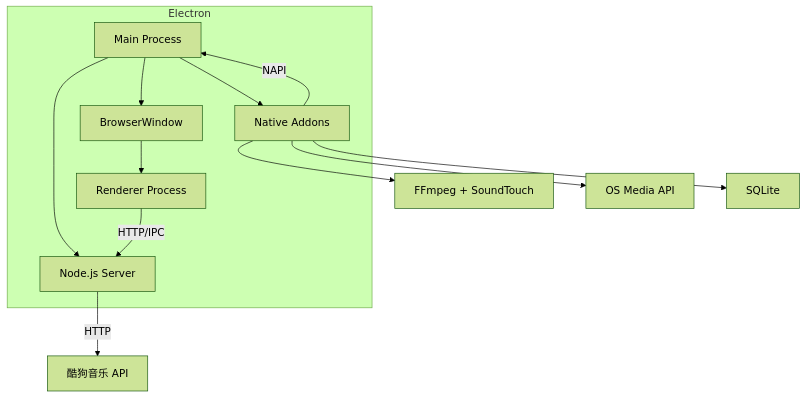
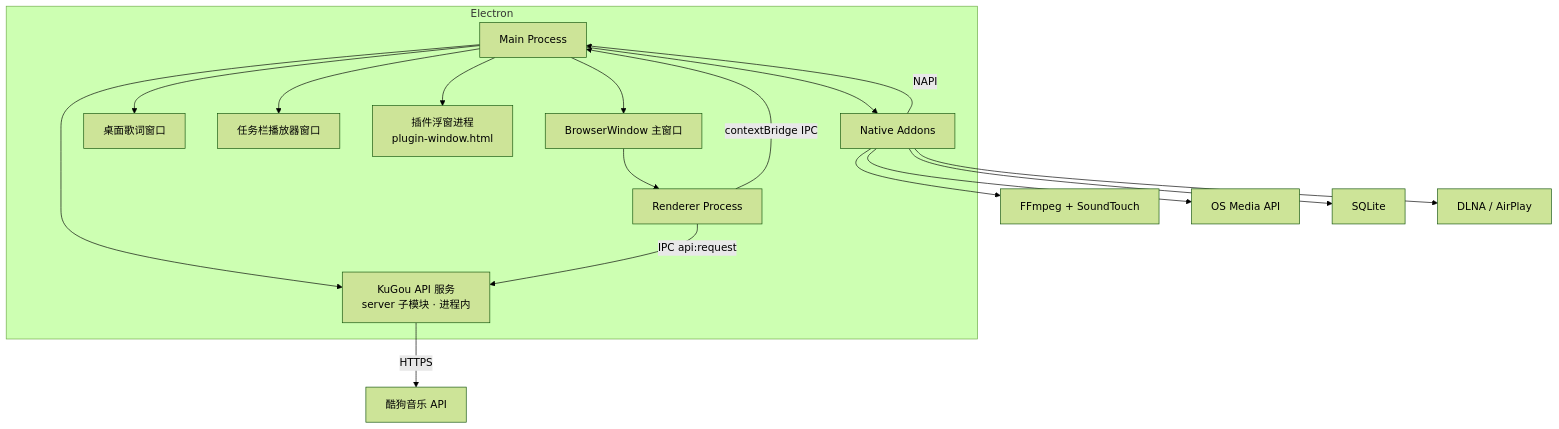
The first of 4 diagrams in docs/develop/architecture.md (yaoyaoprincess/EchoMusic-docs), drawn with Mermaid (forest theme) before and after one commit. The commit also changed other lines of this file and 25 other files, not shown here.

````diff
--- a/docs/develop/architecture.md
+++ b/docs/develop/architecture.md
@@ -13,15 +13,20 @@
 ```mermaid
 graph TD
     subgraph Electron
-        A[Main Process] --> B[BrowserWindow]
+        A[Main Process] --> B[BrowserWindow 主窗口]
+        A --> B2[桌面歌词窗口]
+        A --> B3[任务栏播放器窗口]
+        A --> B4[插件浮窗进程<br/>plugin-window.html]
         B --> C[Renderer Process]
         A --> D[Native Addons]
-        A --> E[Node.js Server]
+        A --> E[KuGou API 服务<br/>server 子模块 · 进程内]
     end
-    C -->|HTTP/IPC| E
+    C -->|IPC api:request| E
+    C -->|contextBridge IPC| A
     D -->|NAPI| A
-    E -->|HTTP| F[酷狗音乐 API]
+    E -->|HTTPS| F[酷狗音乐 API]
     D --> G[FFmpeg + SoundTouch]
     D --> H[OS Media API]
     D --> I[SQLite]
+    D --> J[DLNA / AirPlay]
 ```
````
